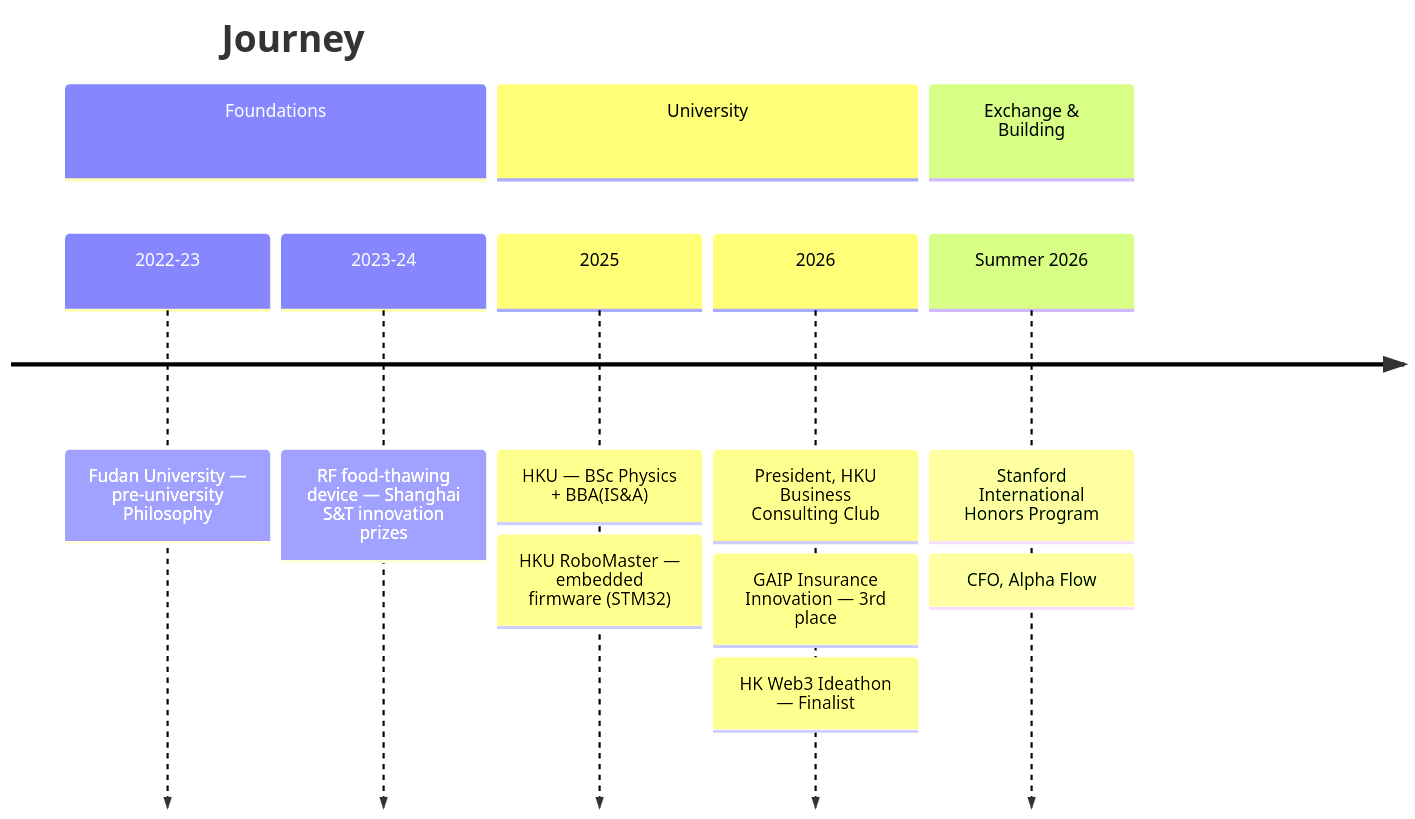
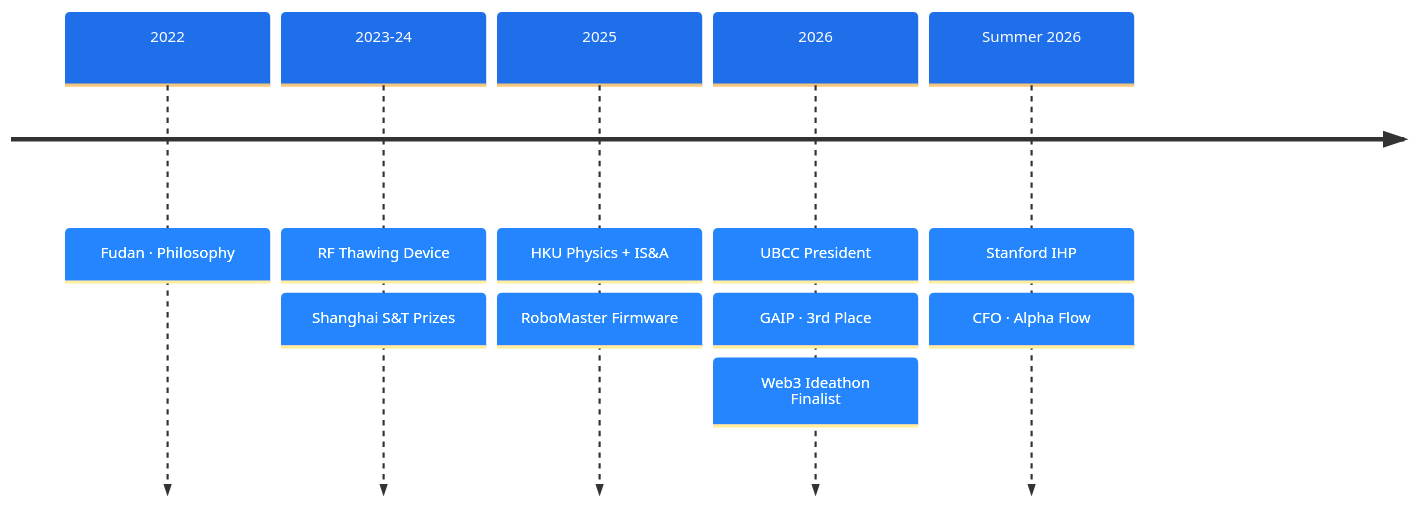
One commit to Gordonlyn/LGYNN changed the diagram in profile/README.md. Above: the diagram before and after it, drawn with Mermaid. The commit also changed other lines of this file, not shown here.

Commit message:
Sync profile README draft with published version
Claude-Session: https://claude.ai/code/session_01SckJoDfcn8BPSneppwUzRv

````diff
--- a/profile/README.md
+++ b/profile/README.md
@@ -31,16 +31,9 @@
 ```mermaid
+%%{init: {'theme':'base','themeVariables':{'fontFamily':'Segoe UI, Helvetica, Arial','fontSize':'14px','cScale0':'#1f6feb','cScale1':'#1f6feb','cScale2':'#1f6feb','cScale3':'#1f6feb','cScale4':'#1f6feb','cScaleLabel0':'#ffffff','cScaleLabel1':'#ffffff','cScaleLabel2':'#ffffff','cScaleLabel3':'#ffffff','cScaleLabel4':'#ffffff'}}}%%
 timeline
-    title Journey
-    section Foundations
-        2022-23 : Fudan University — pre-university Philosophy
-        2023-24 : RF food-thawing device — Shanghai S&T innovation prizes
-    section University
-        2025 : HKU — BSc Physics + BBA(IS&A)
-             : HKU RoboMaster — embedded firmware (STM32)
-        2026 : President, HKU Business Consulting Club
-             : GAIP Insurance Innovation — 3rd place
-             : HK Web3 Ideathon — Finalist
-    section Exchange & Building
-        Summer 2026 : Stanford International Honors Program
-                    : CFO, Alpha Flow
+    2022 : Fudan · Philosophy
+    2023-24 : RF Thawing Device : Shanghai S&T Prizes
+    2025 : HKU Physics + IS&A : RoboMaster Firmware
+    2026 : UBCC President : GAIP · 3rd Place : Web3 Ideathon Finalist
+    Summer 2026 : Stanford IHP : CFO · Alpha Flow
 ```
````
